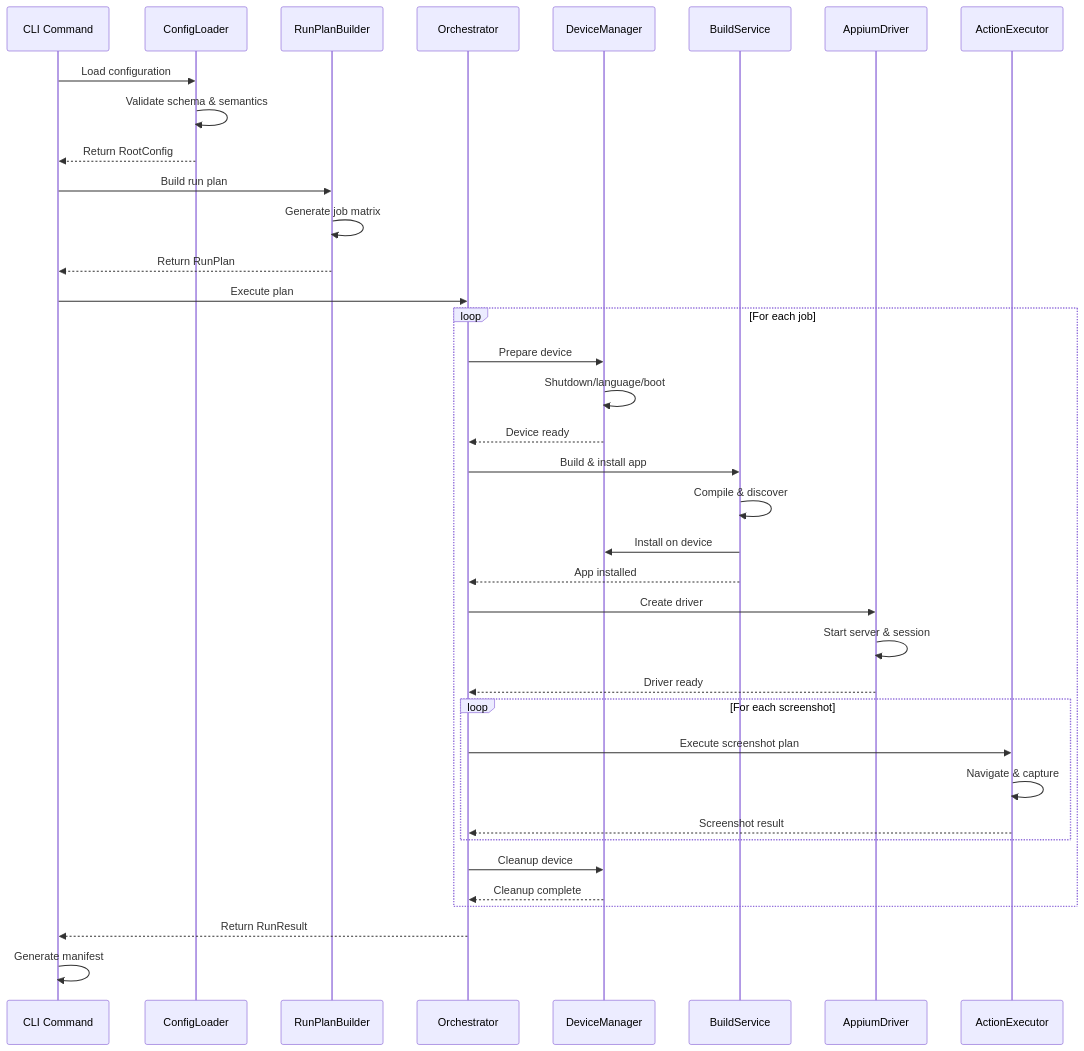
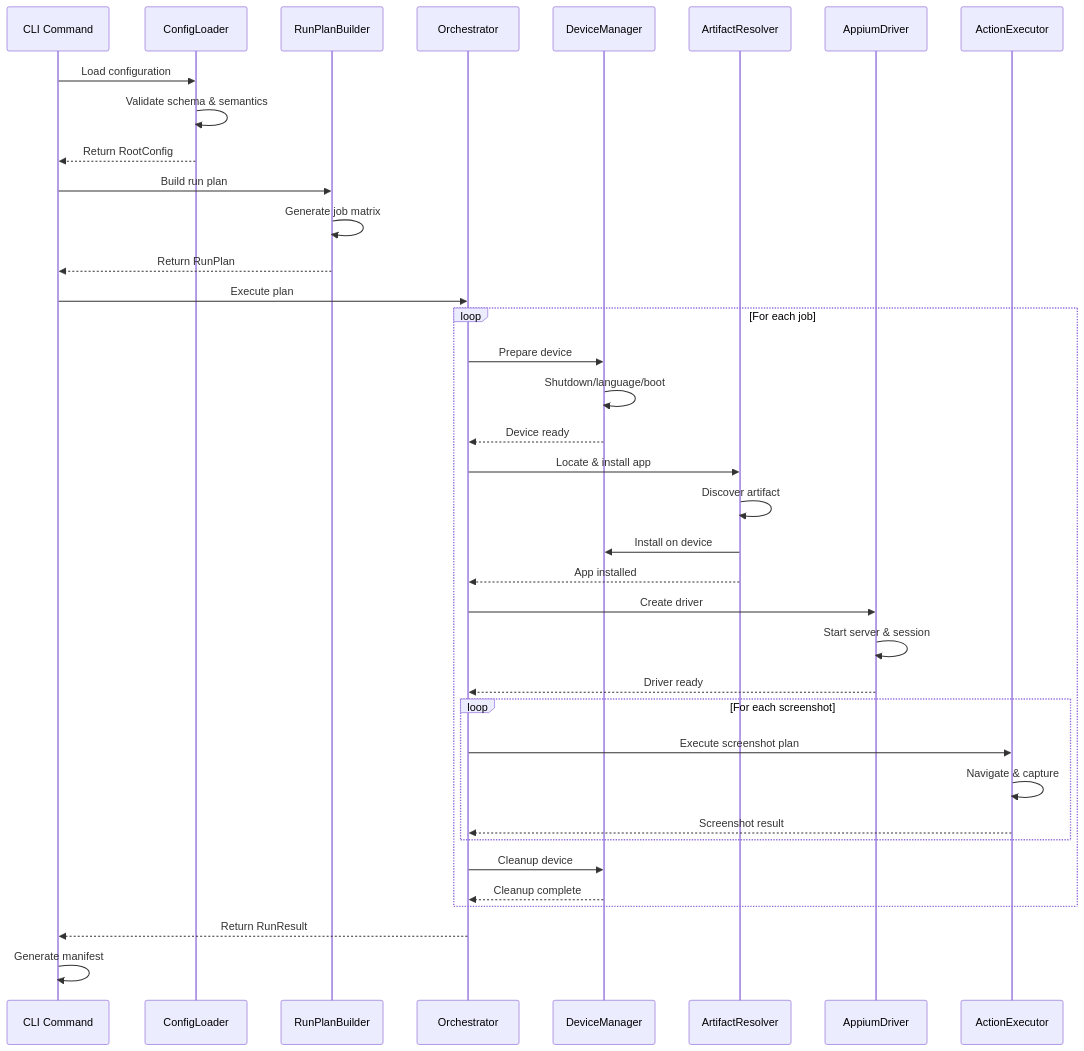
Before and after one commit to QotoQot/Snappium: the diagram in docs/ARCHITECTURE.md, drawn with Mermaid. The commit also changed other lines of this file and 1 other file, not shown here.

````diff
--- a/docs/ARCHITECTURE.md
+++ b/docs/ARCHITECTURE.md
@@ -832,48 +837,48 @@
 ```mermaid
 sequenceDiagram
     participant CLI as CLI Command
     participant Config as ConfigLoader
     participant Planner as RunPlanBuilder
     participant Orch as Orchestrator
     participant DevMgr as DeviceManager
-    participant Build as BuildService
+    participant Artifact as ArtifactResolver
     participant Appium as AppiumDriver
     participant Action as ActionExecutor
     
     CLI->>Config: Load configuration
     Config->>Config: Validate schema & semantics
     Config-->>CLI: Return RootConfig
     
     CLI->>Planner: Build run plan
     Planner->>Planner: Generate job matrix
     Planner-->>CLI: Return RunPlan
     
     CLI->>Orch: Execute plan
     
     loop For each job
         Orch->>DevMgr: Prepare device
         DevMgr->>DevMgr: Shutdown/language/boot
         DevMgr-->>Orch: Device ready
         
-        Orch->>Build: Build & install app
-        Build->>Build: Compile & discover
-        Build->>DevMgr: Install on device
-        Build-->>Orch: App installed
+        Orch->>Artifact: Locate & install app
+        Artifact->>Artifact: Discover artifact
+        Artifact->>DevMgr: Install on device
+        Artifact-->>Orch: App installed
         
         Orch->>Appium: Create driver
         Appium->>Appium: Start server & session
         Appium-->>Orch: Driver ready
         
         loop For each screenshot
             Orch->>Action: Execute screenshot plan
             Action->>Action: Navigate & capture
             Action-->>Orch: Screenshot result
         end
         
         Orch->>DevMgr: Cleanup device
         DevMgr-->>Orch: Cleanup complete
     end
     
     Orch-->>CLI: Return RunResult
     CLI->>CLI: Generate manifest
 ```
````
